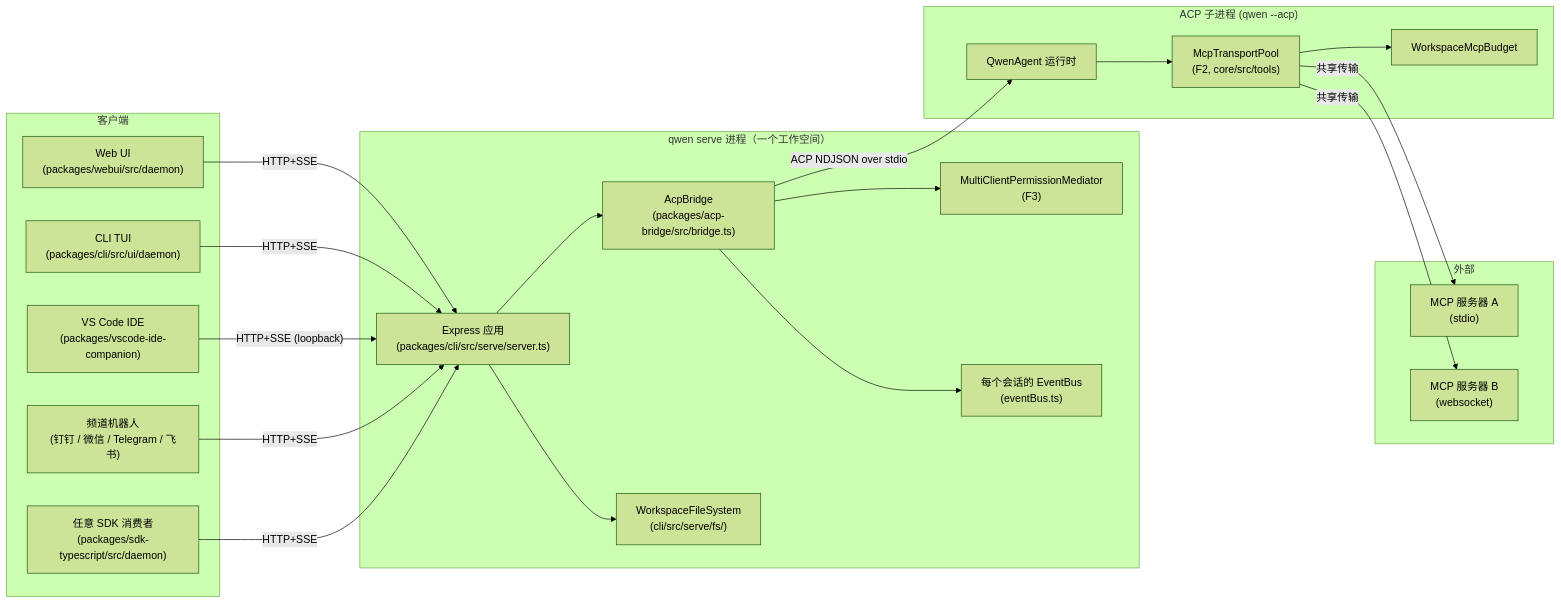
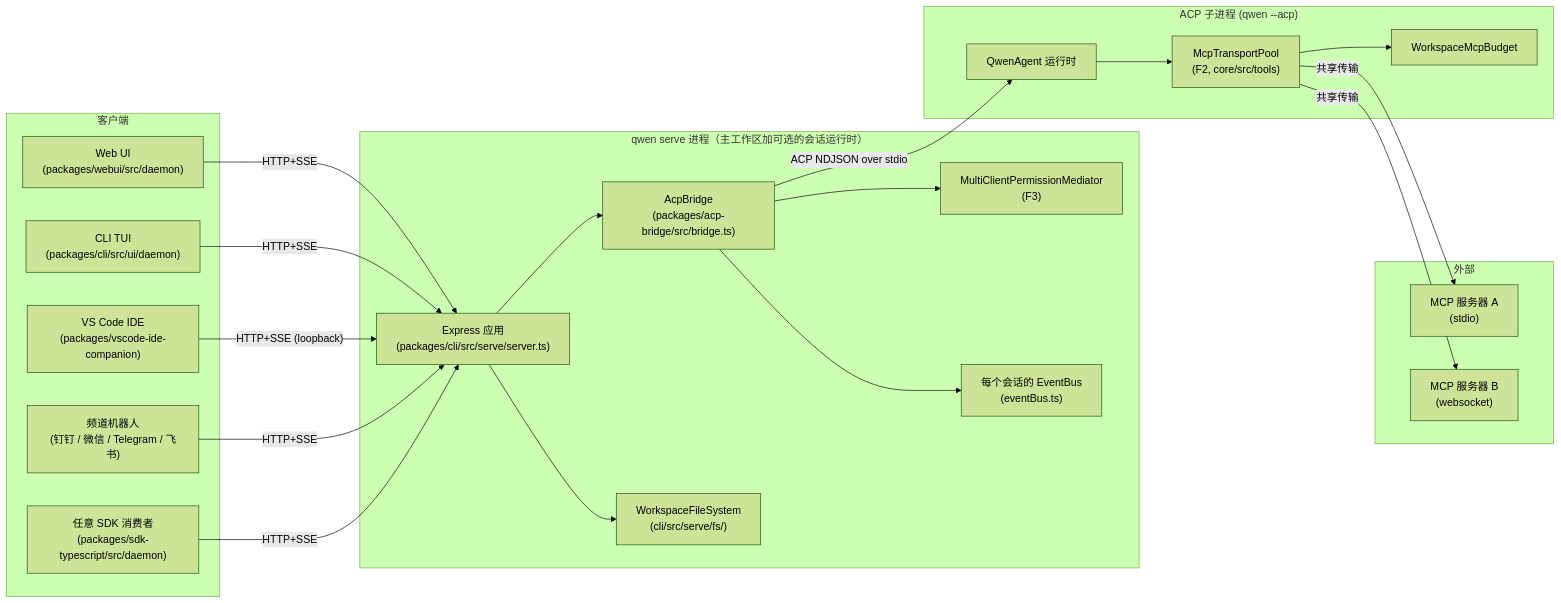
One commit to QwenLM/qwen-code-docs changed the first of 7 diagrams in website/content/zh/developers/daemon/01-architecture.md. Above: the diagram before and after it, drawn with Mermaid (forest theme). The commit also changed other lines of this file and 265 other files, not shown here.

````diff
--- a/website/content/zh/developers/daemon/01-architecture.md
+++ b/website/content/zh/developers/daemon/01-architecture.md
@@ -13,46 +13,46 @@
 ```mermaid
 flowchart LR
     subgraph clients["客户端"]
         WUI["Web UI<br/>(packages/webui/src/daemon)"]
         TUI["CLI TUI<br/>(packages/cli/src/ui/daemon)"]
         IDE["VS Code IDE<br/>(packages/vscode-ide-companion)"]
         CH["频道机器人<br/>(钉钉 / 微信 / Telegram / 飞书)"]
         SDK["任意 SDK 消费者<br/>(packages/sdk-typescript/src/daemon)"]
     end
 
-    subgraph daemon["qwen serve 进程（一个工作空间）"]
+    subgraph daemon["qwen serve 进程（主工作区加可选的会话运行时）"]
         EXP["Express 应用<br/>(packages/cli/src/serve/server.ts)"]
         BR["AcpBridge<br/>(packages/acp-bridge/src/bridge.ts)"]
         MED["MultiClientPermissionMediator<br/>(F3)"]
         EB["每个会话的 EventBus<br/>(eventBus.ts)"]
         FS["WorkspaceFileSystem<br/>(cli/src/serve/fs/)"]
     end
 
     subgraph child["ACP 子进程 (qwen --acp)"]
         AGT["QwenAgent 运行时"]
         POOL["McpTransportPool<br/>(F2, core/src/tools)"]
         BDG["WorkspaceMcpBudget"]
     end
 
     subgraph external["外部"]
         MCP1["MCP 服务器 A<br/>(stdio)"]
         MCP2["MCP 服务器 B<br/>(websocket)"]
     end
 
     WUI -- "HTTP+SSE" --> EXP
     TUI -- "HTTP+SSE" --> EXP
     IDE -- "HTTP+SSE (loopback)" --> EXP
     CH -- "HTTP+SSE" --> EXP
     SDK -- "HTTP+SSE" --> EXP
 
     EXP --> BR
     BR --> MED
     BR --> EB
     EXP --> FS
 
     BR -- "ACP NDJSON over stdio" --> AGT
     AGT --> POOL
     POOL --> BDG
     POOL -- "共享传输" --> MCP1
     POOL -- "共享传输" --> MCP2
 ```
````
